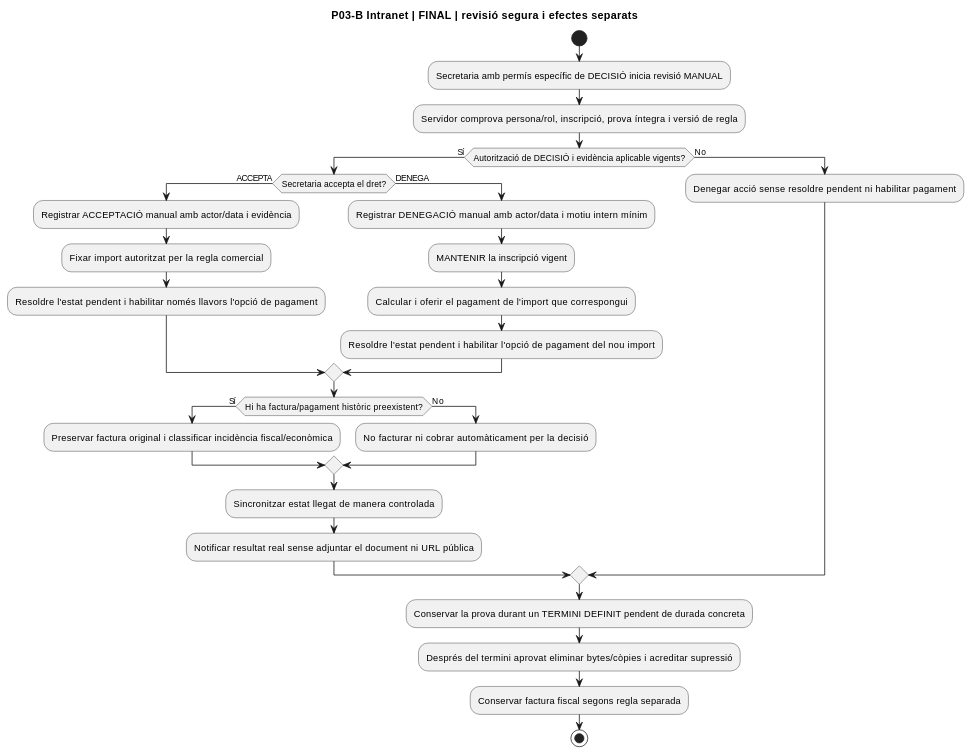
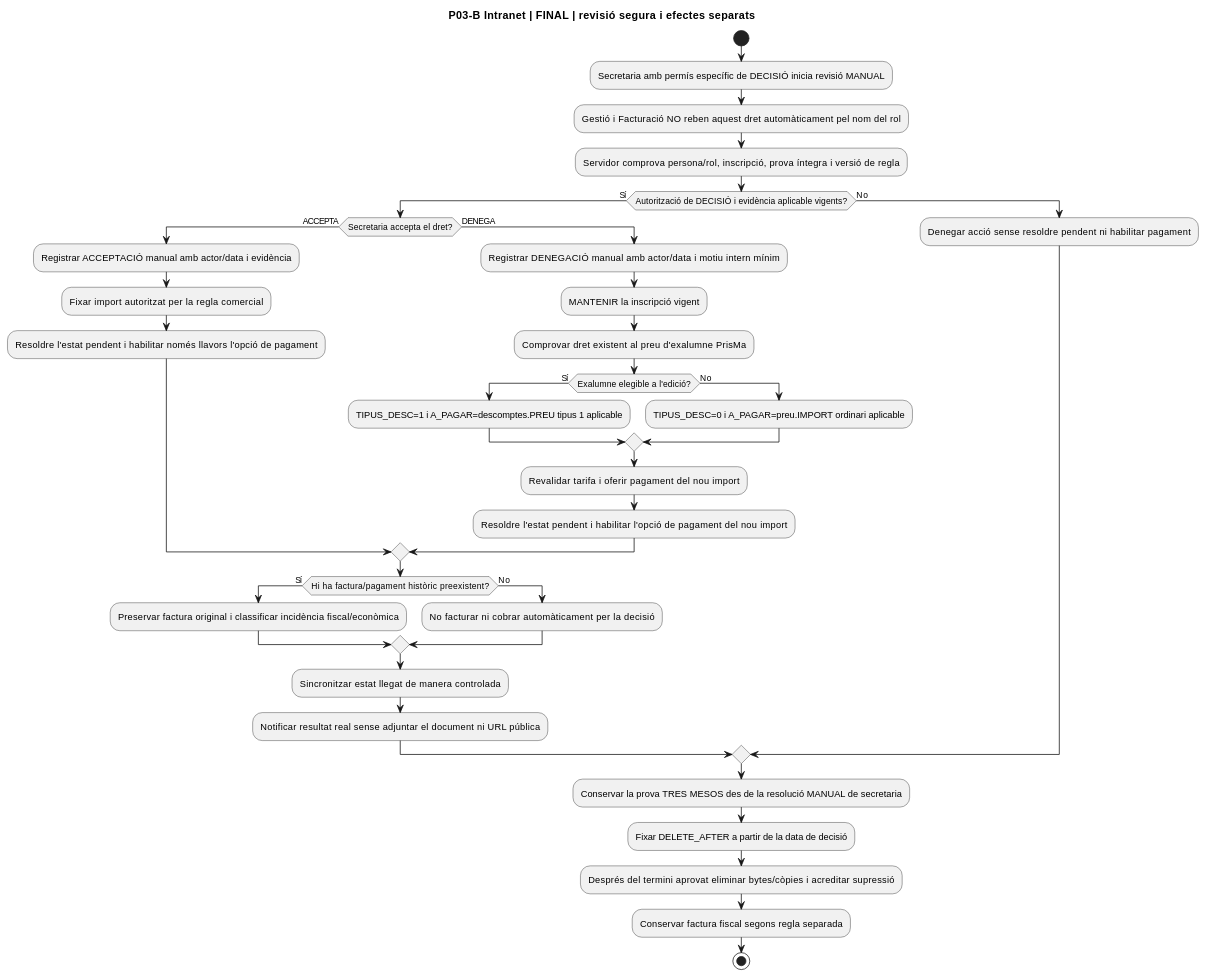
Before and after one commit to orgmeriemprismacat-del/verifactu: the tenth of 10 diagrams in documentacio/07-uml-integrat/uc-116-activitats-pagines-justificants-actual-final.md, drawn with PlantUML. The commit also changed other lines of this file, not shown here.

````diff
--- a/documentacio/07-uml-integrat/uc-116-activitats-pagines-justificants-actual-final.md
+++ b/documentacio/07-uml-integrat/uc-116-activitats-pagines-justificants-actual-final.md
@@ -291,33 +294,41 @@
 ```plantuml
 @startuml
 title P03-B Intranet | FINAL | revisió segura i efectes separats
 start
 :Secretaria amb permís específic de DECISIÓ inicia revisió MANUAL;
+:Gestió i Facturació NO reben aquest dret automàticament pel nom del rol;
 :Servidor comprova persona/rol, inscripció, prova íntegra i versió de regla;
 if (Autorització de DECISIÓ i evidència aplicable vigents?) then (Sí)
  if (Secretaria accepta el dret?) then (ACCEPTA)
   :Registrar ACCEPTACIÓ manual amb actor/data i evidència;
   :Fixar import autoritzat per la regla comercial;
   :Resoldre l'estat pendent i habilitar només llavors l'opció de pagament;
  else (DENEGA)
   :Registrar DENEGACIÓ manual amb actor/data i motiu intern mínim;
   :MANTENIR la inscripció vigent;
-  :Calcular i oferir el pagament de l'import que correspongui;
+  :Comprovar dret existent al preu d'exalumne PrisMa;
+if (Exalumne elegible a l'edició?) then (Sí)
+ :TIPUS_DESC=1 i A_PAGAR=descomptes.PREU tipus 1 aplicable;
+else (No)
+ :TIPUS_DESC=0 i A_PAGAR=preu.IMPORT ordinari aplicable;
+endif
+:Revalidar tarifa i oferir pagament del nou import;
   :Resoldre l'estat pendent i habilitar l'opció de pagament del nou import;
  endif
  if (Hi ha factura/pagament històric preexistent?) then (Sí)
   :Preservar factura original i classificar incidència fiscal/econòmica;
  else (No)
   :No facturar ni cobrar automàticament per la decisió;
  endif
  :Sincronitzar estat llegat de manera controlada;
  :Notificar resultat real sense adjuntar el document ni URL pública;
 else (No)
  :Denegar acció sense resoldre pendent ni habilitar pagament;
 endif
-:Conservar la prova durant un TERMINI DEFINIT pendent de durada concreta;
+:Conservar la prova TRES MESOS des de la resolució MANUAL de secretaria;
+:Fixar DELETE_AFTER a partir de la data de decisió;
 :Després del termini aprovat eliminar bytes/còpies i acreditar supressió;
 :Conservar factura fiscal segons regla separada;
 stop
 @enduml
 ```
````
